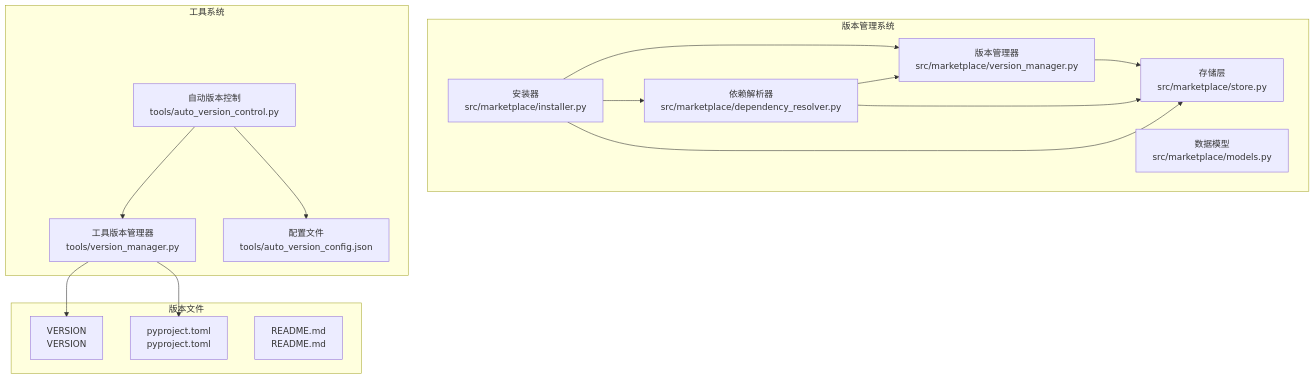
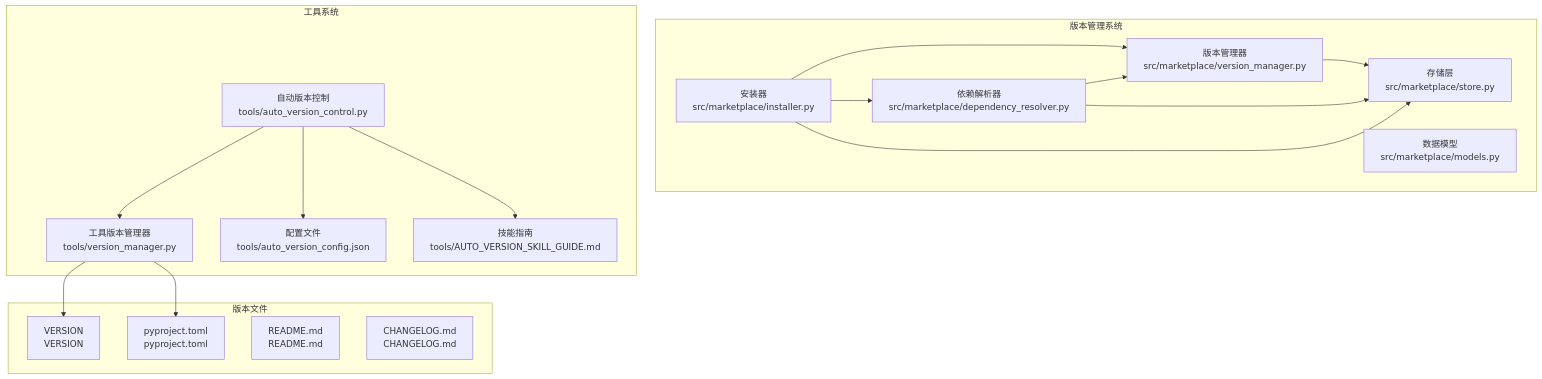
One commit to JieGaoPrinceton/NecoRAG changed the first of 6 diagrams in .qoder/repowiki/zh/content/开发与测试/版本管理系统.md. Above: the diagram before and after it, drawn with Mermaid. The commit also changed other lines of this file and 4 other files, not shown here.

````diff
--- a/.qoder/repowiki/zh/content/开发与测试/版本管理系统.md
+++ b/.qoder/repowiki/zh/content/开发与测试/版本管理系统.md
@@ -39,30 +51,33 @@
 ```mermaid
 graph TB
 subgraph "版本管理系统"
 VM[版本管理器<br/>src/marketplace/version_manager.py]
 IM[安装器<br/>src/marketplace/installer.py]
 SM[存储层<br/>src/marketplace/store.py]
 DM[数据模型<br/>src/marketplace/models.py]
 DR[依赖解析器<br/>src/marketplace/dependency_resolver.py]
 end
 subgraph "工具系统"
 TVM[工具版本管理器<br/>tools/version_manager.py]
 AVC[自动版本控制<br/>tools/auto_version_control.py]
 AVC_CFG[配置文件<br/>tools/auto_version_config.json]
+AVC_GUIDE[技能指南<br/>tools/AUTO_VERSION_SKILL_GUIDE.md]
 end
 subgraph "版本文件"
 VER[VERSION<br/>VERSION]
 PYPROJ[pyproject.toml<br/>pyproject.toml]
 README[README.md<br/>README.md]
+CHANGELOG[CHANGELOG.md<br/>CHANGELOG.md]
 end
 VM --> SM
 IM --> VM
 IM --> DR
 IM --> SM
 DR --> VM
 DR --> SM
 TVM --> VER
 TVM --> PYPROJ
 AVC --> TVM
 AVC --> AVC_CFG
+AVC --> AVC_GUIDE
 ```
````
